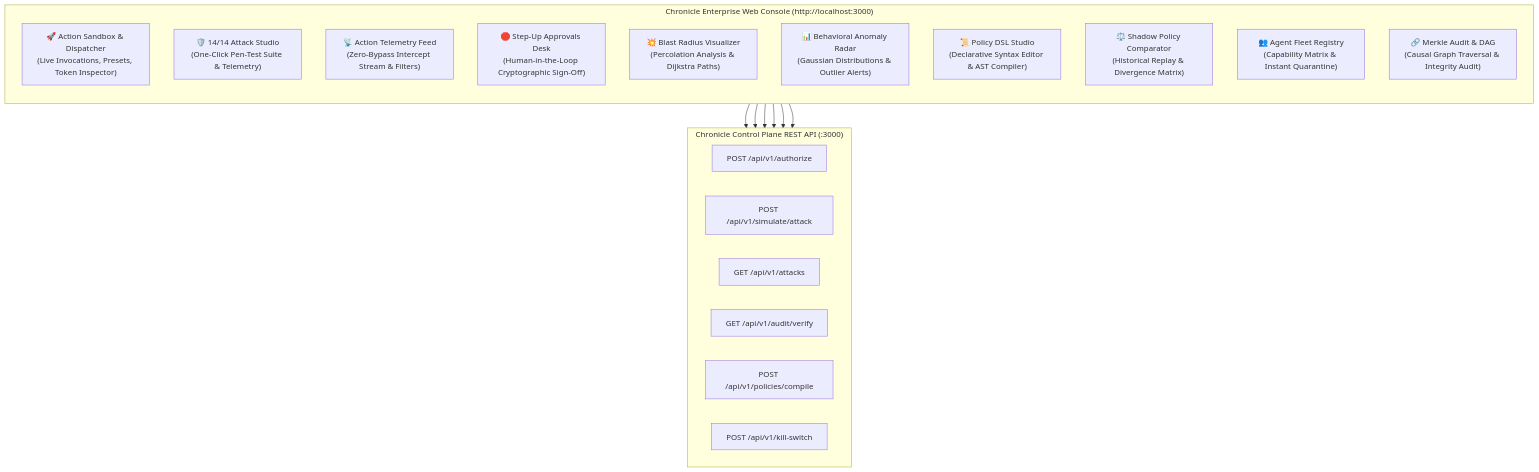
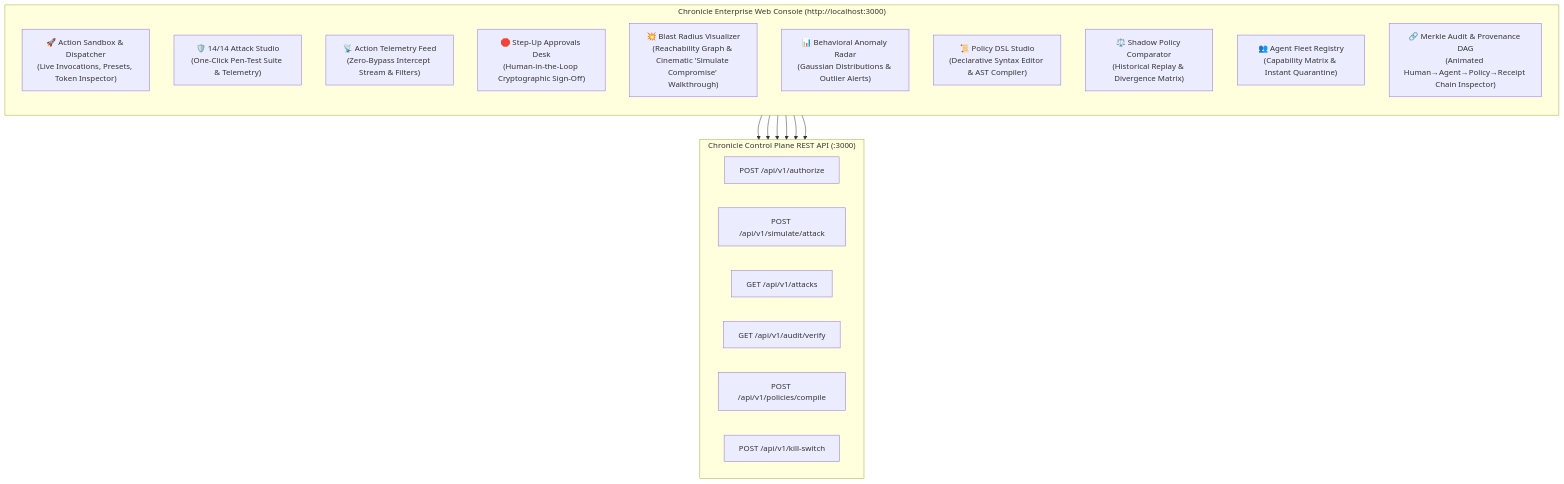
The ninth of 10 diagrams in README.md (SwaRaaaj/CHRONICLE), drawn with Mermaid before and after one commit. The commit also changed other lines of this file, not shown here.

````diff
--- a/README.md
+++ b/README.md
@@ -994,33 +1003,33 @@
 ```mermaid
 flowchart TD
     subgraph UI["Chronicle Enterprise Web Console (http://localhost:3000)"]
         direction TB
         M1["🚀 Action Sandbox & Dispatcher<br/>(Live Invocations, Presets, Token Inspector)"]
         M2["🛡️ 14/14 Attack Studio<br/>(One-Click Pen-Test Suite & Telemetry)"]
         M3["📡 Action Telemetry Feed<br/>(Zero-Bypass Intercept Stream & Filters)"]
         M4["🛑 Step-Up Approvals Desk<br/>(Human-in-the-Loop Cryptographic Sign-Off)"]
-        M5["💥 Blast Radius Visualizer<br/>(Percolation Analysis & Dijkstra Paths)"]
+        M5["💥 Blast Radius Visualizer<br/>(Reachability Graph & Cinematic 'Simulate Compromise' Walkthrough)"]
         M6["📊 Behavioral Anomaly Radar<br/>(Gaussian Distributions & Outlier Alerts)"]
         M7["📜 Policy DSL Studio<br/>(Declarative Syntax Editor & AST Compiler)"]
         M8["⚖️ Shadow Policy Comparator<br/>(Historical Replay & Divergence Matrix)"]
         M9["👥 Agent Fleet Registry<br/>(Capability Matrix & Instant Quarantine)"]
-        M10["🔗 Merkle Audit & DAG<br/>(Causal Graph Traversal & Integrity Audit)"]
+        M10["🔗 Merkle Audit & Provenance DAG<br/>(Animated Human→Agent→Policy→Receipt Chain Inspector)"]
     end
 
     subgraph API["Chronicle Control Plane REST API (:3000)"]
         direction LR
         EP1["POST /api/v1/authorize"]
         EP2["POST /api/v1/simulate/attack"]
         EP3["GET /api/v1/attacks"]
         EP4["GET /api/v1/audit/verify"]
         EP5["POST /api/v1/policies/compile"]
         EP6["POST /api/v1/kill-switch"]
     end
 
     M1 --> EP1
     M2 --> EP2
     M2 --> EP3
     M10 --> EP4
     M7 --> EP5
     M9 --> EP6
 ```
````
